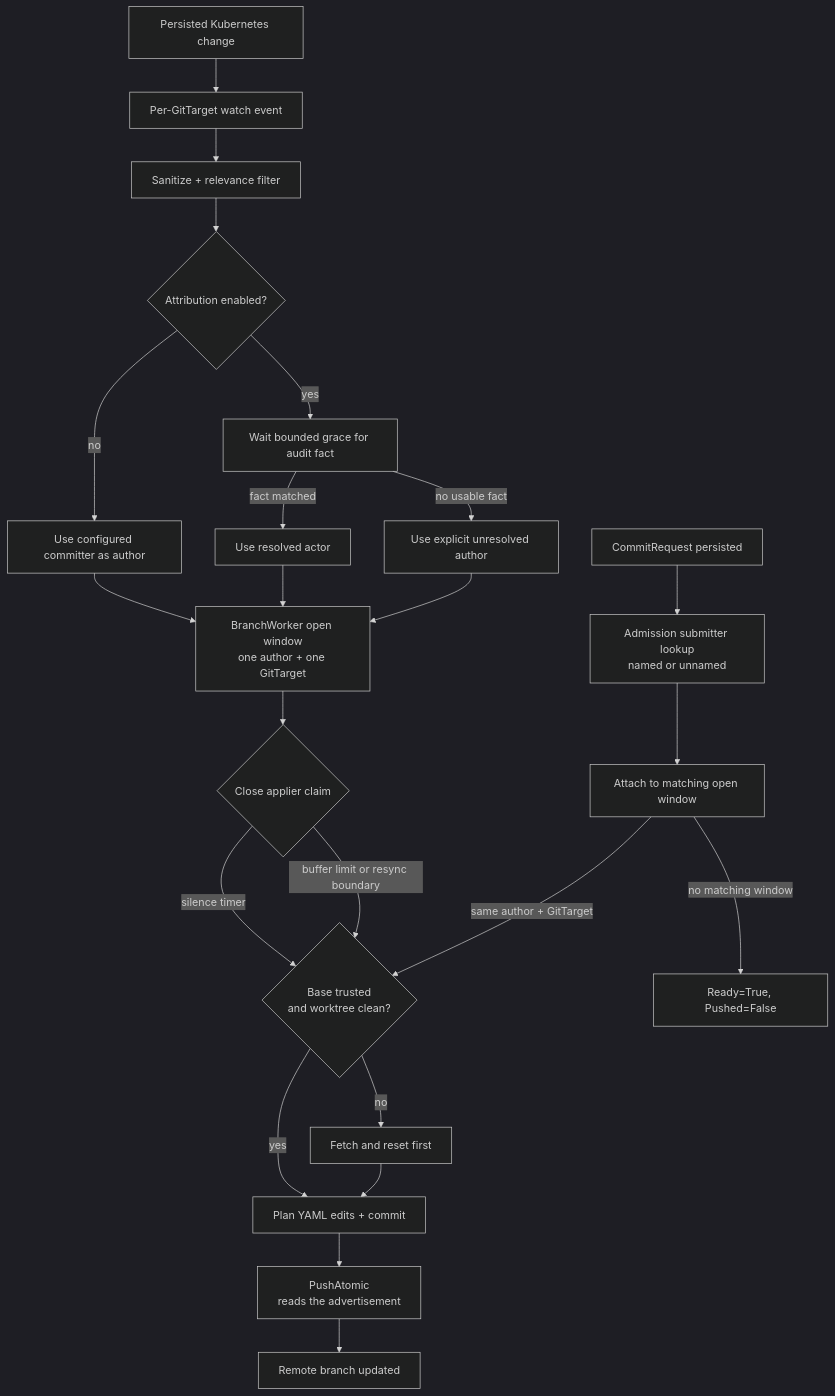
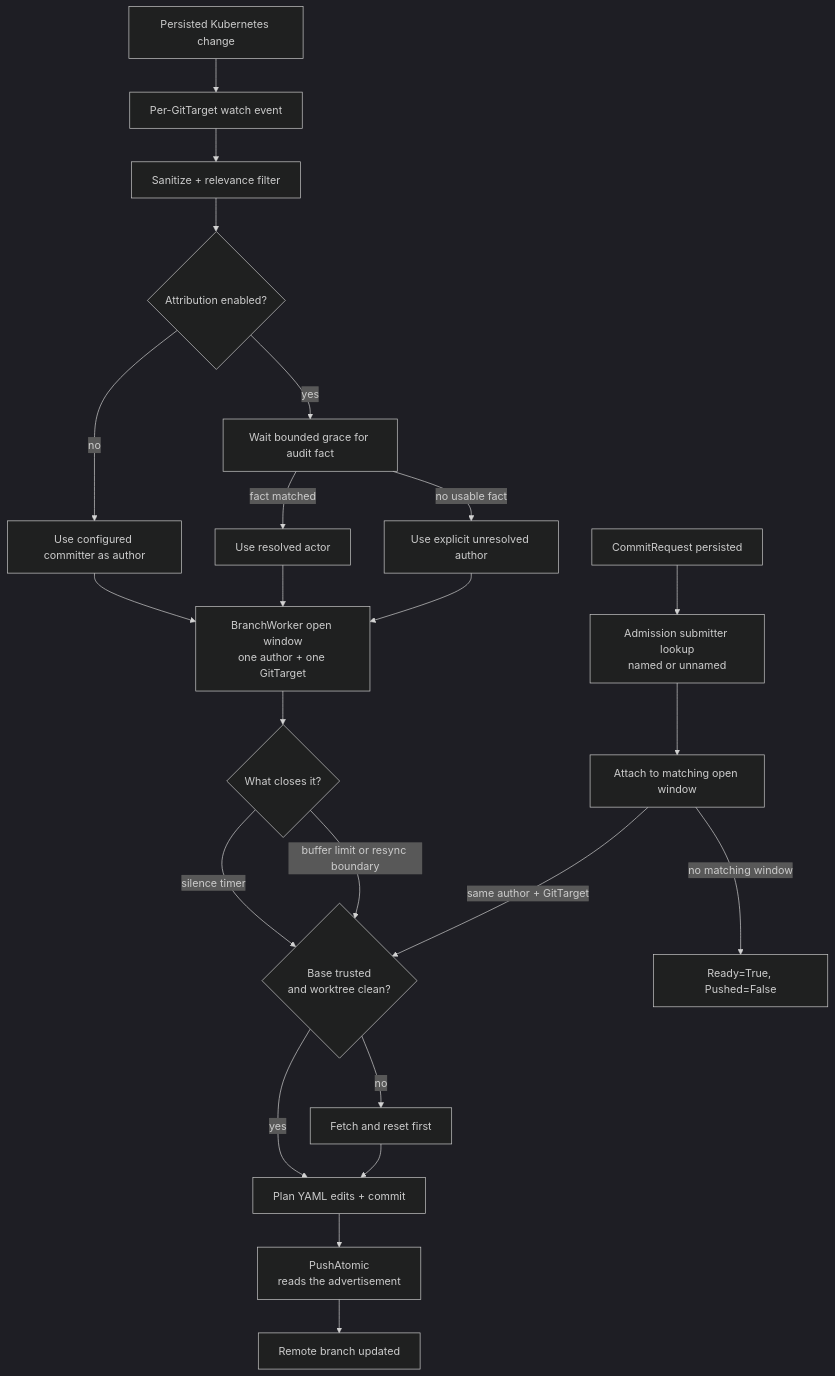
Before and after one commit to ConfigButler/gitops-reverser: the third of 6 diagrams in docs/architecture.md, drawn with Mermaid (dark theme). The commit also changed other lines of this file and 124 other files, not shown here.

````diff
--- a/docs/architecture.md
+++ b/docs/architecture.md
@@ -721,28 +729,28 @@
 ```mermaid
 flowchart TD
     CHANGE[Persisted Kubernetes change] --> WATCH[Per-GitTarget watch event]
     WATCH --> FILTER[Sanitize + relevance filter]
     FILTER --> AUTHOR{Attribution enabled?}
     AUTHOR -->|yes| AUDIT[Wait bounded grace for audit fact]
     AUTHOR -->|no| COMMITTER[Use configured committer as author]
     AUDIT -->|fact matched| RESOLVED[Use resolved actor]
     AUDIT -->|no usable fact| UNRESOLVED[Use explicit unresolved author]
     COMMITTER --> WINDOW[BranchWorker open window<br/>one author + one GitTarget]
     RESOLVED --> WINDOW
     UNRESOLVED --> WINDOW
 
-    WINDOW --> TIMER{Close applier claim}
+    WINDOW --> TIMER{What closes it?}
     TIMER -->|silence timer| BASE
     TIMER -->|buffer limit or resync boundary| BASE
 
     CR[CommitRequest persisted] --> ADMISSION[Admission submitter lookup<br/>named or unnamed]
     ADMISSION --> ATTACH[Attach to matching open window]
     ATTACH -->|same author + GitTarget| BASE
     ATTACH -->|no matching window| BENIGN[Ready=True, Pushed=False]
 
     BASE{Base trusted<br/>and worktree clean?} -->|yes| FLUSH
     BASE -->|no| FETCH[Fetch and reset first]
     FETCH --> FLUSH[Plan YAML edits + commit]
     FLUSH --> PUSH[PushAtomic<br/>reads the advertisement]
     PUSH --> DONE[Remote branch updated]
 ```
````
